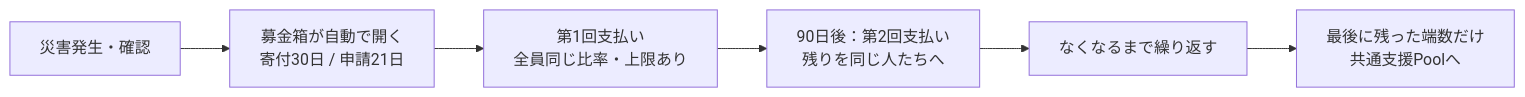
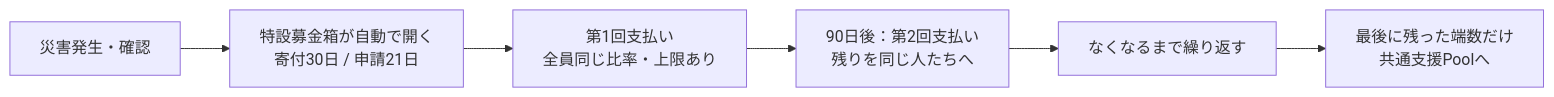
The fourth of 4 diagrams in docs/donation_flow.md (UnagiLabs/Sonari), drawn with Mermaid before and after one commit. The commit also changed other lines of this file and 2 other files, not shown here.

````diff
--- a/docs/donation_flow.md
+++ b/docs/donation_flow.md
@@ -62,8 +88,8 @@
 ```mermaid
 flowchart LR
-    A[災害発生・確認] --> B[募金箱が自動で開く<br>寄付30日 / 申請21日]
+    A[災害発生・確認] --> B[特設募金箱が自動で開く<br>寄付30日 / 申請21日]
     B --> C[第1回支払い<br>全員同じ比率・上限あり]
     C --> D[90日後：第2回支払い<br>残りを同じ人たちへ]
     D --> E[なくなるまで繰り返す]
     E --> F[最後に残った端数だけ<br>共通支援Poolへ]
 ```
````
